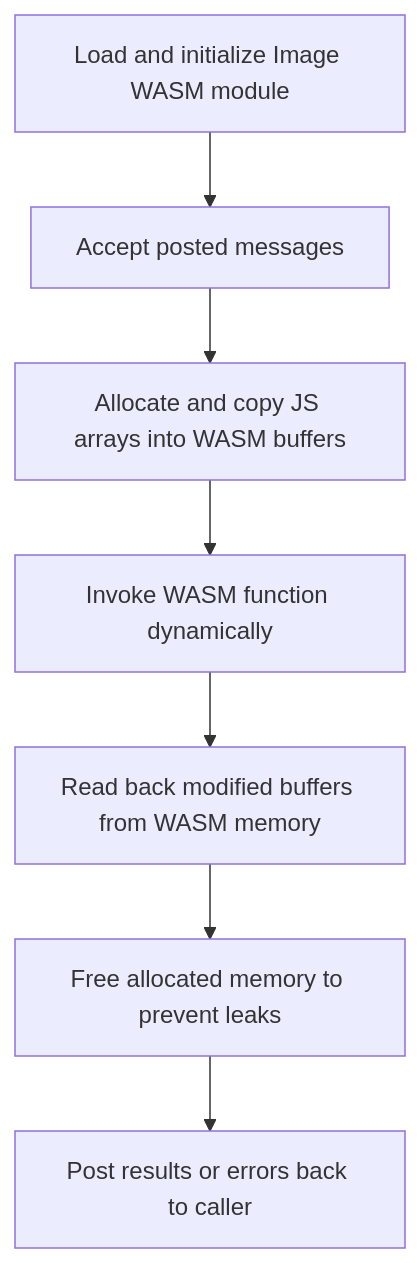
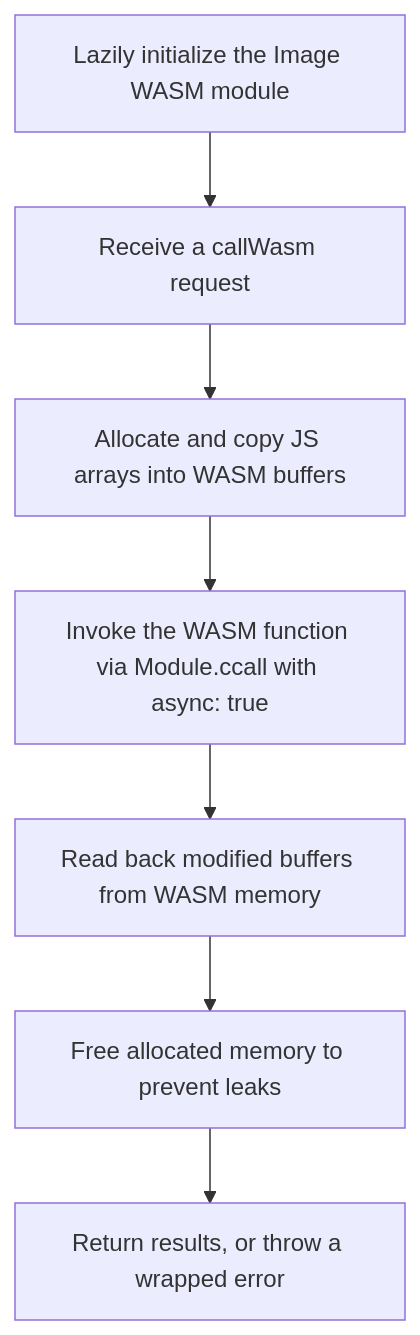
One commit to Ryan-Millard/Img2Num changed the diagram in docs/docs/internal/packages/js/index.md. Above: the diagram before and after it, drawn with Mermaid. The commit also changed other lines of this file and 7 other files, not shown here.

Commit message:
docs(js): update documentation for current WASM architecture

````diff
--- a/docs/docs/internal/packages/js/index.md
+++ b/docs/docs/internal/packages/js/index.md
@@ -34,12 +37,12 @@
 ```mermaid
 flowchart TD
-    A[Load and initialize Image WASM module]
-    B[Accept posted messages]
+    A[Lazily initialize the Image WASM module]
+    B[Receive a callWasm request]
     C[Allocate and copy JS arrays into WASM buffers]
-    D[Invoke WASM function dynamically]
+    D[Invoke the WASM function via Module.ccall with async: true]
     E[Read back modified buffers from WASM memory]
     F[Free allocated memory to prevent leaks]
-    G[Post results or errors back to caller]
+    G[Return results, or throw a wrapped error]
 
     A --> B --> C --> D --> E --> F --> G
 ```
````
